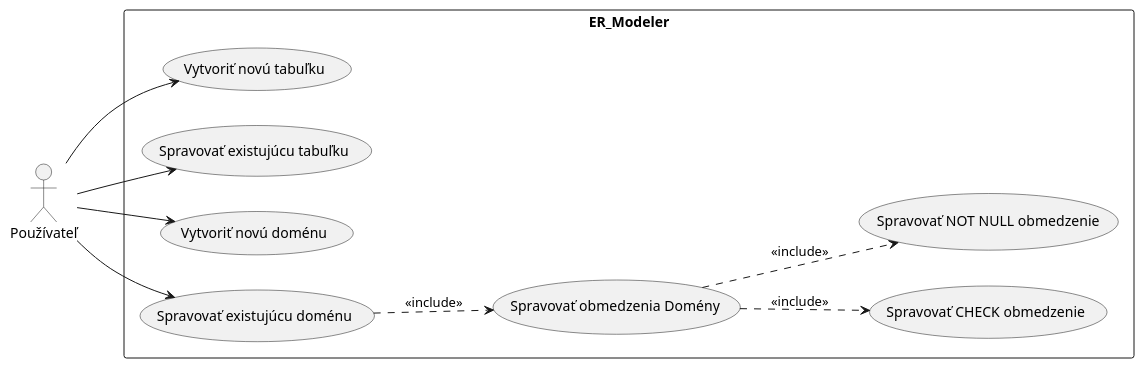
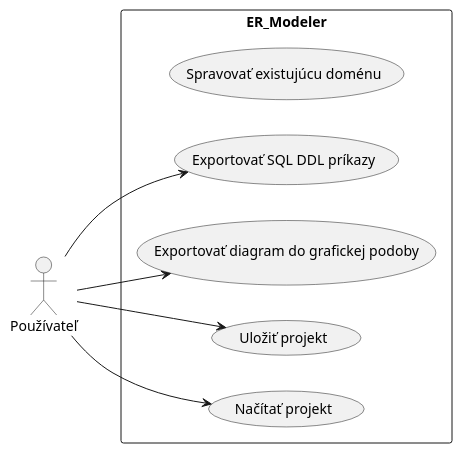
Before and after one commit to FilipFurar/stella24: the diagram in uml/use_cases/model_use_case_sk.puml, drawn with PlantUML. The commit also changed 1 other file, not shown here.

Commit message:
diagrams

```diff
--- a/uml/use_cases/model_use_case_sk.puml
+++ b/uml/use_cases/model_use_case_sk.puml
@@ -1,22 +1,17 @@
 @startuml
 left to right direction
 actor "Používateľ" as user
 rectangle ER_Modeler {
-    usecase "Vytvoriť novú tabuľku" as create_table
-    usecase "Spravovať existujúcu tabuľku" as edit_table
-    usecase "Vytvoriť novú doménu" as create_domain
-        usecase "Spravovať obmedzenia Domény" as manage_constraints_domain
-        usecase "Spravovať CHECK obmedzenie" as manage_check_domain
-        usecase "Spravovať NOT NULL obmedzenie" as manage_notnull_domain
     usecase "Spravovať existujúcu doménu" as edit_domain
+    usecase "Exportovať SQL DDL príkazy" as export_sql
+    usecase "Exportovať diagram do grafickej podoby" as export_svg
+    usecase "Uložiť projekt" as save_project
+    usecase "Načítať projekt" as load_project
 }
 
-user --> create_table
-user --> create_domain
-user --> edit_table
-user --> edit_domain
+user --> export_sql
+user --> export_svg
+user --> save_project
+user --> load_project
 
-edit_domain ..> manage_constraints_domain : <<include>>
-manage_constraints_domain ..> manage_check_domain : <<include>>
-manage_constraints_domain ..> manage_notnull_domain : <<include>>
 @enduml
```
